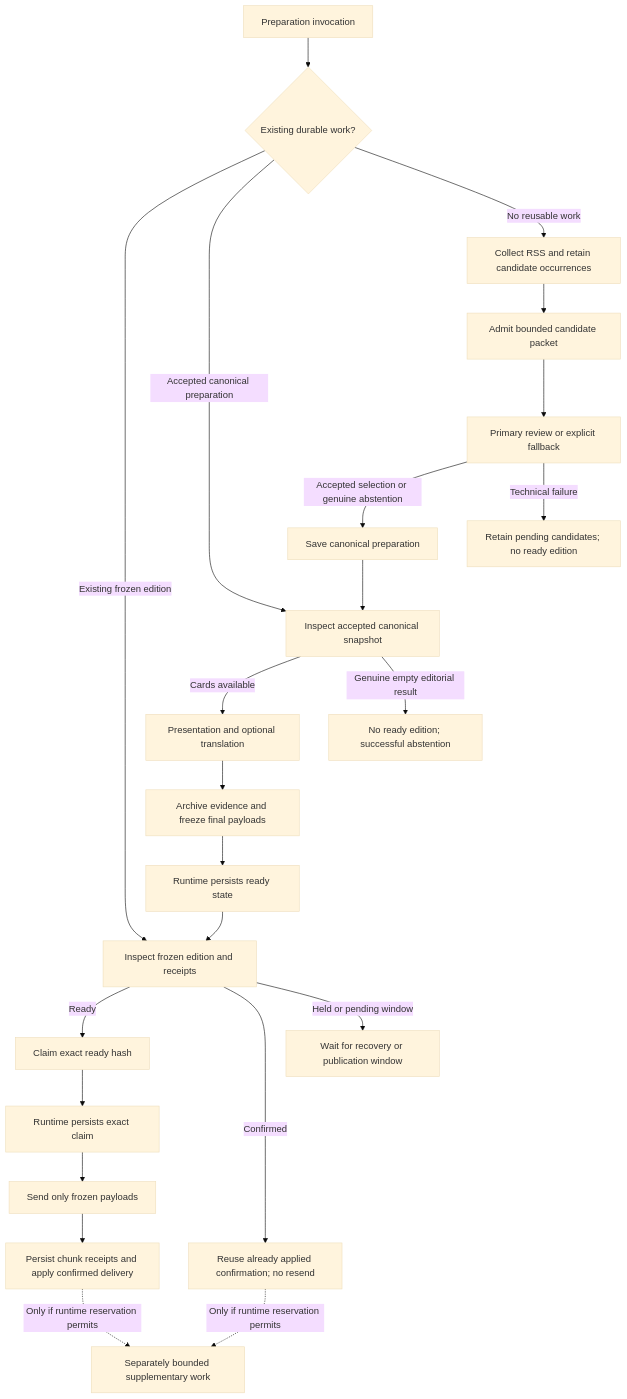
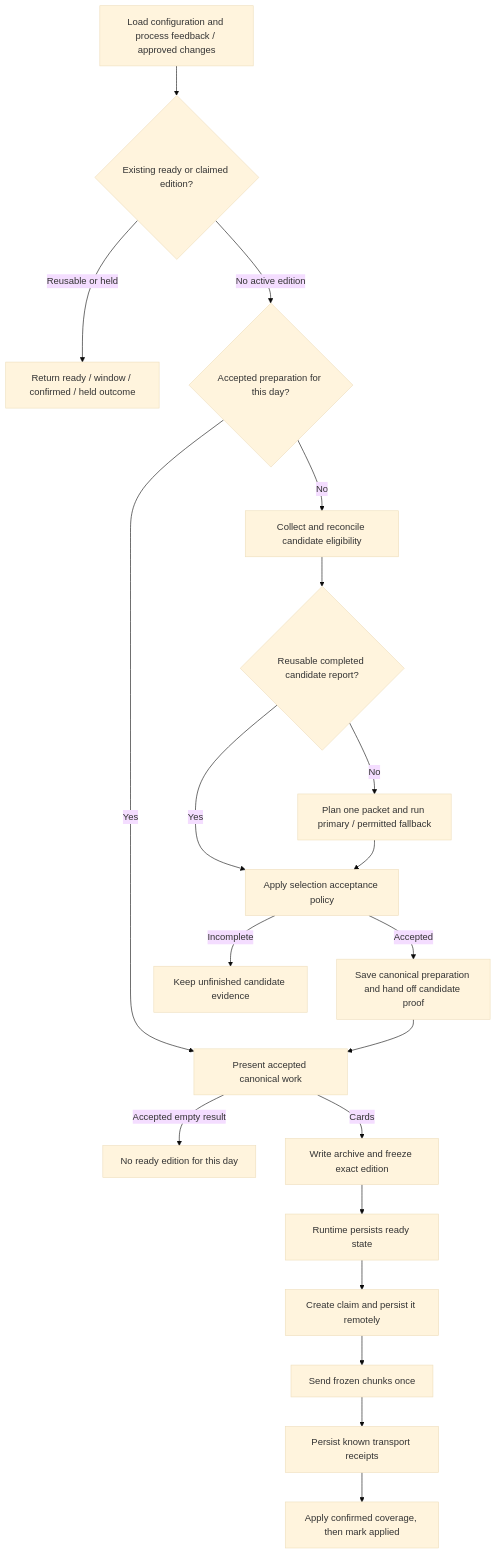
One commit to Lenivvenil/digest changed the diagram in docs/ARCHITECTURE.md. Above: the diagram before and after it, drawn with Mermaid (base theme). The commit also changed other lines of this file and 19 other files, not shown here.

Commit message:
refactor: model preparation outcomes and document publication lifecycle

````diff
--- a/docs/ARCHITECTURE.md
+++ b/docs/ARCHITECTURE.md
@@ -44,25 +33,22 @@
 ```mermaid
 flowchart TD
-    RUN[Preparation invocation] --> STATE{Existing durable work?}
-    STATE -->|Existing frozen edition| READY[Inspect frozen edition and receipts]
-    STATE -->|Accepted canonical preparation| CANON[Inspect accepted canonical snapshot]
-    STATE -->|No reusable work| COL[Collect RSS and retain candidate occurrences]
-    COL --> PACKET[Admit bounded candidate packet]
-    PACKET --> REVIEW[Primary review or explicit fallback]
-    REVIEW -->|Accepted selection or genuine abstention| ACCEPT[Save canonical preparation]
-    REVIEW -->|Technical failure| PENDING[Retain pending candidates; no ready edition]
-    ACCEPT --> CANON
-    CANON -->|Cards available| PRESENT[Presentation and optional translation]
-    CANON -->|Genuine empty editorial result| EMPTY[No ready edition; successful abstention]
-    PRESENT --> FREEZE[Archive evidence and freeze final payloads]
-    FREEZE --> PERSIST[Runtime persists ready state]
-    PERSIST --> READY
-    READY -->|Ready| CLAIM[Claim exact ready hash]
-    READY -->|Confirmed| RECOVER[Reuse already applied confirmation; no resend]
-    READY -->|Held or pending window| HOLD[Wait for recovery or publication window]
-    CLAIM --> CLAIMSAVE[Runtime persists exact claim]
-    CLAIMSAVE --> SEND[Send only frozen payloads]
-    SEND --> RECEIPT[Persist chunk receipts and apply confirmed delivery]
-    RECEIPT -.->|Only if runtime reservation permits| OPTIONAL[Separately bounded supplementary work]
-    RECOVER -.->|Only if runtime reservation permits| OPTIONAL
+    START[Load configuration and process feedback / approved changes] --> INSPECT{Existing ready or claimed edition?}
+    INSPECT -->|Reusable or held| EXISTING[Return ready / window / confirmed / held outcome]
+    INSPECT -->|No active edition| ACCEPTED{Accepted preparation for this day?}
+    ACCEPTED -->|Yes| PRESENT[Present accepted canonical work]
+    ACCEPTED -->|No| COLLECT[Collect and reconcile candidate eligibility]
+    COLLECT --> REPORT{Reusable completed candidate report?}
+    REPORT -->|Yes| DECIDE[Apply selection acceptance policy]
+    REPORT -->|No| REVIEW[Plan one packet and run primary / permitted fallback]
+    REVIEW --> DECIDE
+    DECIDE -->|Incomplete| PENDING[Keep unfinished candidate evidence]
+    DECIDE -->|Accepted| SAVE[Save canonical preparation and hand off candidate proof]
+    SAVE --> PRESENT
+    PRESENT -->|Accepted empty result| EMPTY[No ready edition for this day]
+    PRESENT -->|Cards| FREEZE[Write archive and freeze exact edition]
+    FREEZE --> READY[Runtime persists ready state]
+    READY --> CLAIM[Create claim and persist it remotely]
+    CLAIM --> SEND[Send frozen chunks once]
+    SEND --> RECEIPTS[Persist known transport receipts]
+    RECEIPTS --> APPLY[Apply confirmed coverage, then mark applied]
 ```
````
